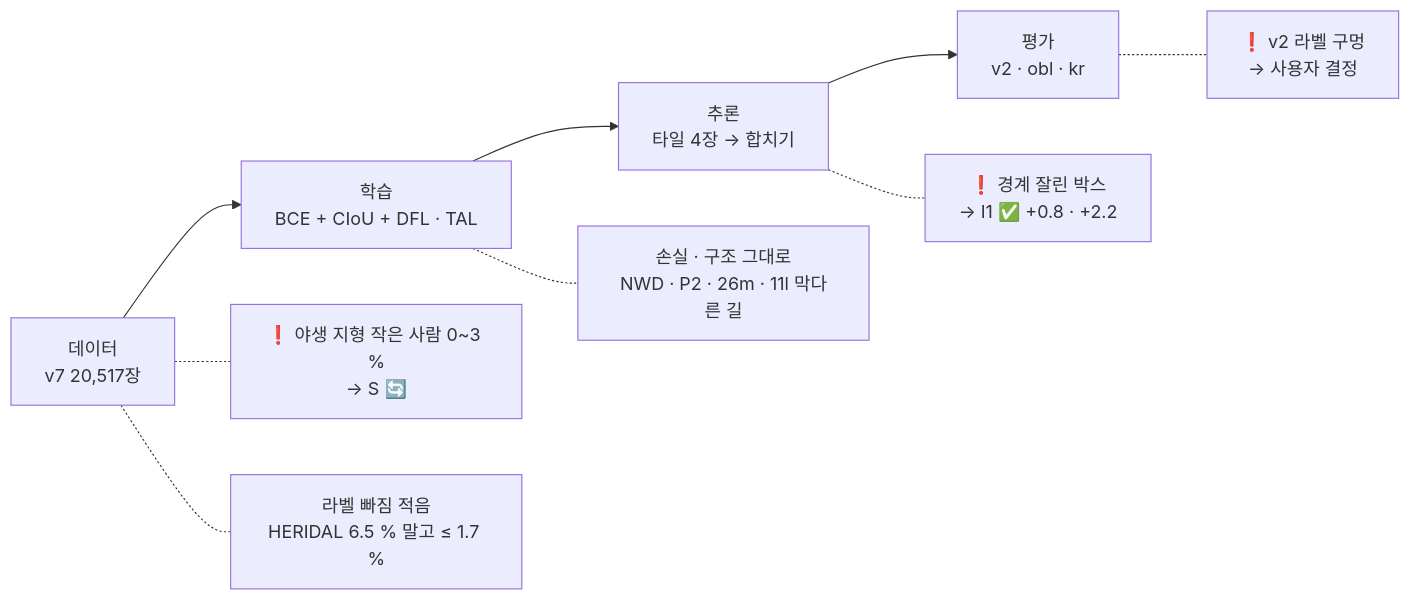
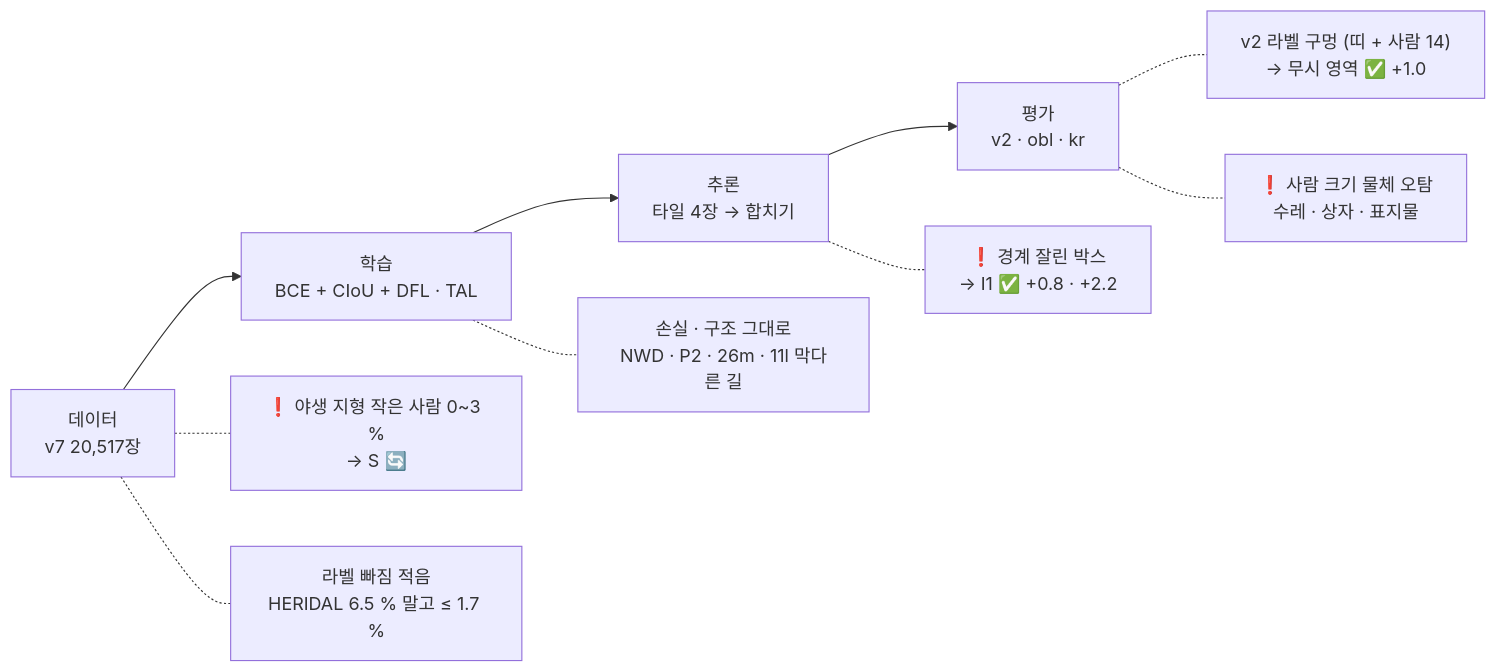
One commit to tim9985/Capstone changed the diagram in obsidian/11 서버 학습 계획/16 v7 넘기 - 파이프라인 검토 (10-11).md. Above: the diagram before and after it, drawn with Mermaid. The commit also changed other lines of this file and 16 other files, not shown here.

````diff
--- a/obsidian/11 서버 학습 계획/16 v7 넘기 - 파이프라인 검토 (10-11).md
+++ b/obsidian/11 서버 학습 계획/16 v7 넘기 - 파이프라인 검토 (10-11).md
@@ -12,9 +13,10 @@
 ```mermaid
 flowchart LR
     D["데이터<br/>v7 20,517장"] --> L["학습<br/>BCE + CIoU + DFL · TAL"] --> I["추론<br/>타일 4장 → 합치기"] --> E["평가<br/>v2 · obl · kr"]
     D -.- d1["❗ 야생 지형 작은 사람 0~3 %<br/>→ S 🔄"]
     D -.- d2["라벨 빠짐 적음<br/>HERIDAL 6.5 % 말고 ≤ 1.7 %"]
     L -.- l1["손실 · 구조 그대로<br/>NWD · P2 · 26m · 11l 막다른 길"]
     I -.- i1["❗ 경계 잘린 박스<br/>→ I1 ✅ +0.8 · +2.2"]
-    E -.- e1["❗ v2 라벨 구멍<br/>→ 사용자 결정"]
+    E -.- e1["v2 라벨 구멍 (띠 + 사람 14)<br/>→ 무시 영역 ✅ +1.0"]
+    E -.- e2["❗ 사람 크기 물체 오탐<br/>수레 · 상자 · 표지물"]
 ```
````
